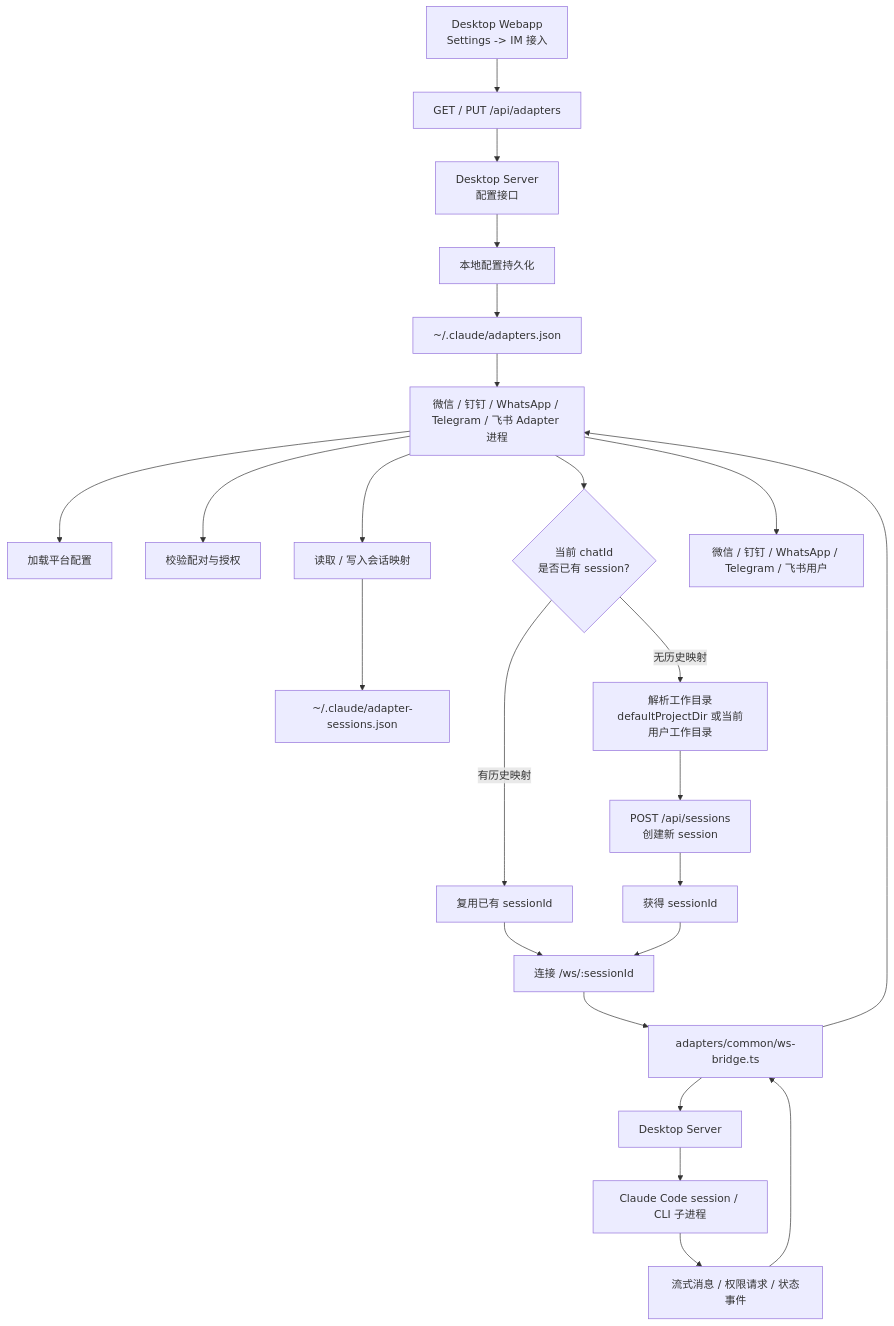
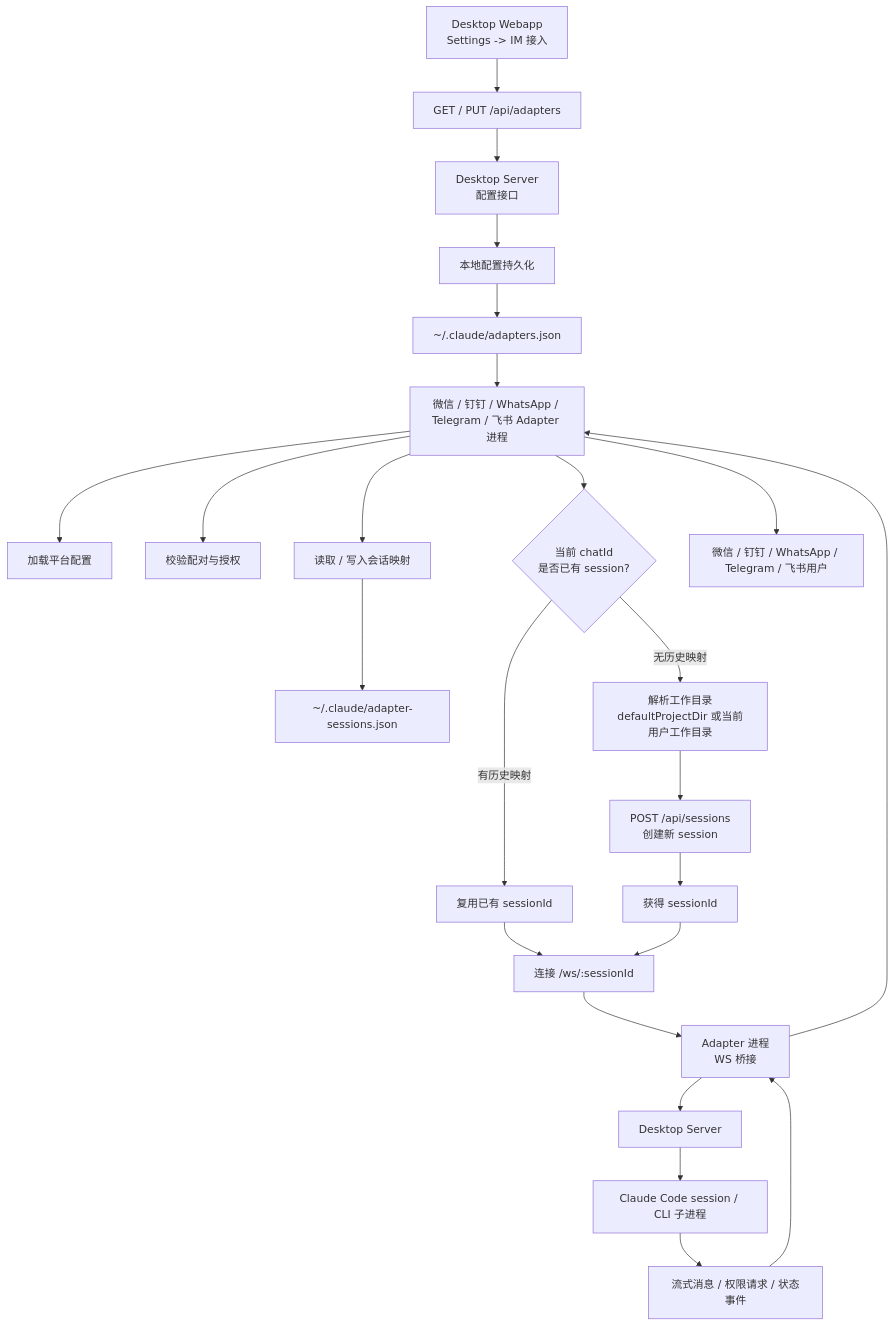
One commit to host1syan/ClaudeCN changed the diagram in docs/im/index.md. Above: the diagram before and after it, drawn with Mermaid. The commit also changed other lines of this file and 113 other files, not shown here.

````diff
--- a/docs/im/index.md
+++ b/docs/im/index.md
@@ -12,31 +12,31 @@
 ```mermaid
 flowchart TD
     A["Desktop Webapp<br/>Settings -> IM 接入"] --> B["GET / PUT /api/adapters"]
     B --> C["Desktop Server<br/>配置接口"]
     C --> D["本地配置持久化"]
     D --> E["~/.claude/adapters.json"]
 
     E --> F["微信 / 钉钉 / WhatsApp / Telegram / 飞书 Adapter 进程"]
     F --> G["加载平台配置"]
     F --> H["校验配对与授权"]
     F --> I["读取 / 写入会话映射"]
     I --> J["~/.claude/adapter-sessions.json"]
 
     F --> K{"当前 chatId<br/>是否已有 session?"}
     K -->|有历史映射| L["复用已有 sessionId"]
     K -->|无历史映射| M["解析工作目录<br/>defaultProjectDir 或当前用户工作目录"]
     M --> N["POST /api/sessions<br/>创建新 session"]
 
     N --> Q["获得 sessionId"]
     L --> R["连接 /ws/:sessionId"]
     Q --> R
 
-    R --> S["adapters/common/ws-bridge.ts"]
+    R --> S["Adapter 进程<br/>WS 桥接"]
     S --> T["Desktop Server"]
     T --> U["Claude Code session / CLI 子进程"]
 
     U --> V["流式消息 / 权限请求 / 状态事件"]
     V --> S
     S --> F
     F --> W["微信 / 钉钉 / WhatsApp / Telegram / 飞书用户"]
 ```
````
